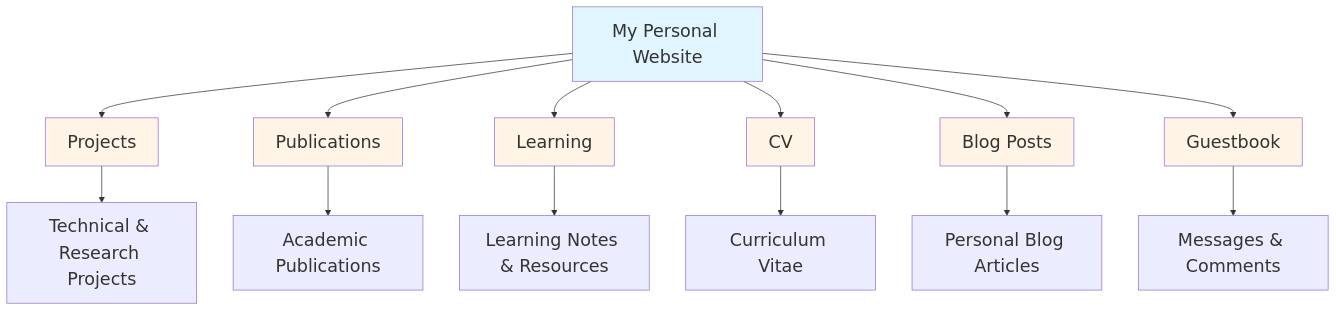
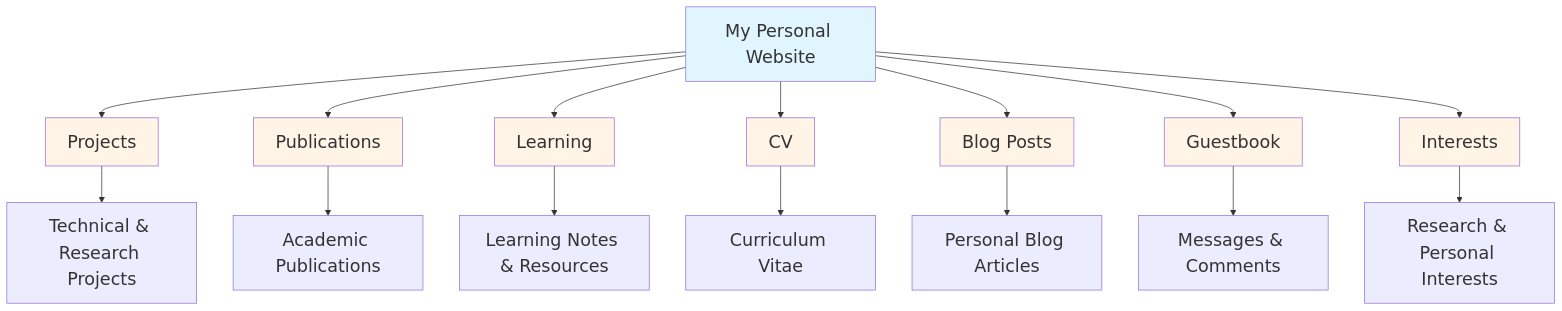
The diagram in _pages/about.md (Anthony-Li-Anran/Anthony-Li-Anran.github.io), drawn with Mermaid before and after one commit. The commit also changed other lines of this file and 1 other file, not shown here.

````diff
--- a/_pages/about.md
+++ b/_pages/about.md
@@ -15,31 +15,34 @@
 ```mermaid
 ---
 config:
   theme: 'default'
   themeVariables:
     fontSize: '24px'
     fontFamily: 'Comic Sans MS'
 ---
 graph TD
     A[My Personal Website] --> B[Projects]
     A --> C[Publications]
     A --> D[Learning]
     A --> E[CV]
     A --> F[Blog Posts]
     A --> G[Guestbook]
+    A --> H[Interests]
     
     B --> B1[Technical & Research Projects]
     C --> C1[Academic Publications]
     D --> D1[Learning Notes & Resources]
     E --> E1[Curriculum Vitae]
     F --> F1[Personal Blog Articles]
     G --> G1[Messages & Comments]
+    H --> H1[Research & Personal Interests]
     
     style A fill:#e1f5ff
     style B fill:#fff4e6
     style C fill:#fff4e6
     style D fill:#fff4e6
     style E fill:#fff4e6
     style F fill:#fff4e6
     style G fill:#fff4e6
+    style H fill:#fff4e6
 ```
````
